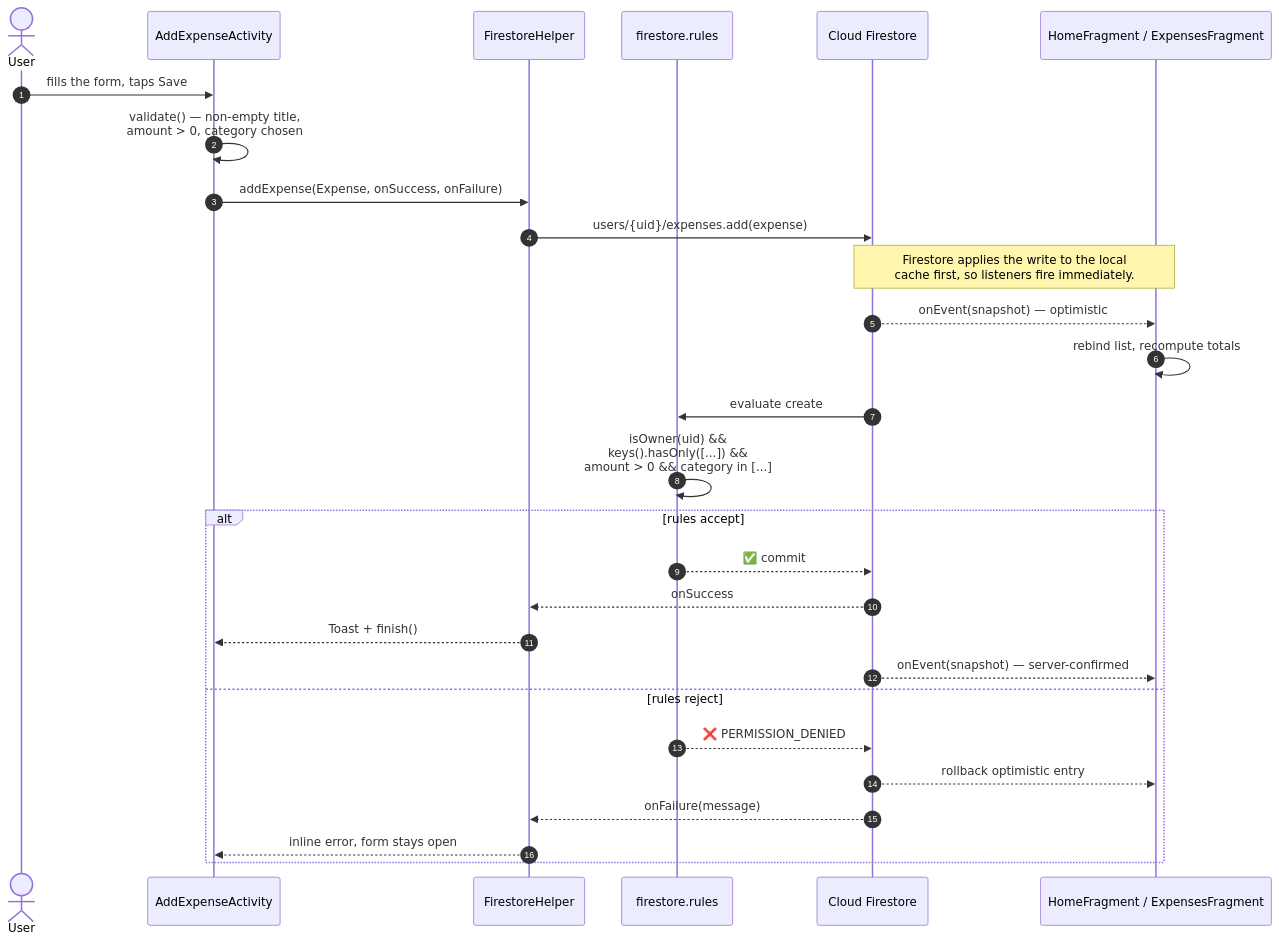
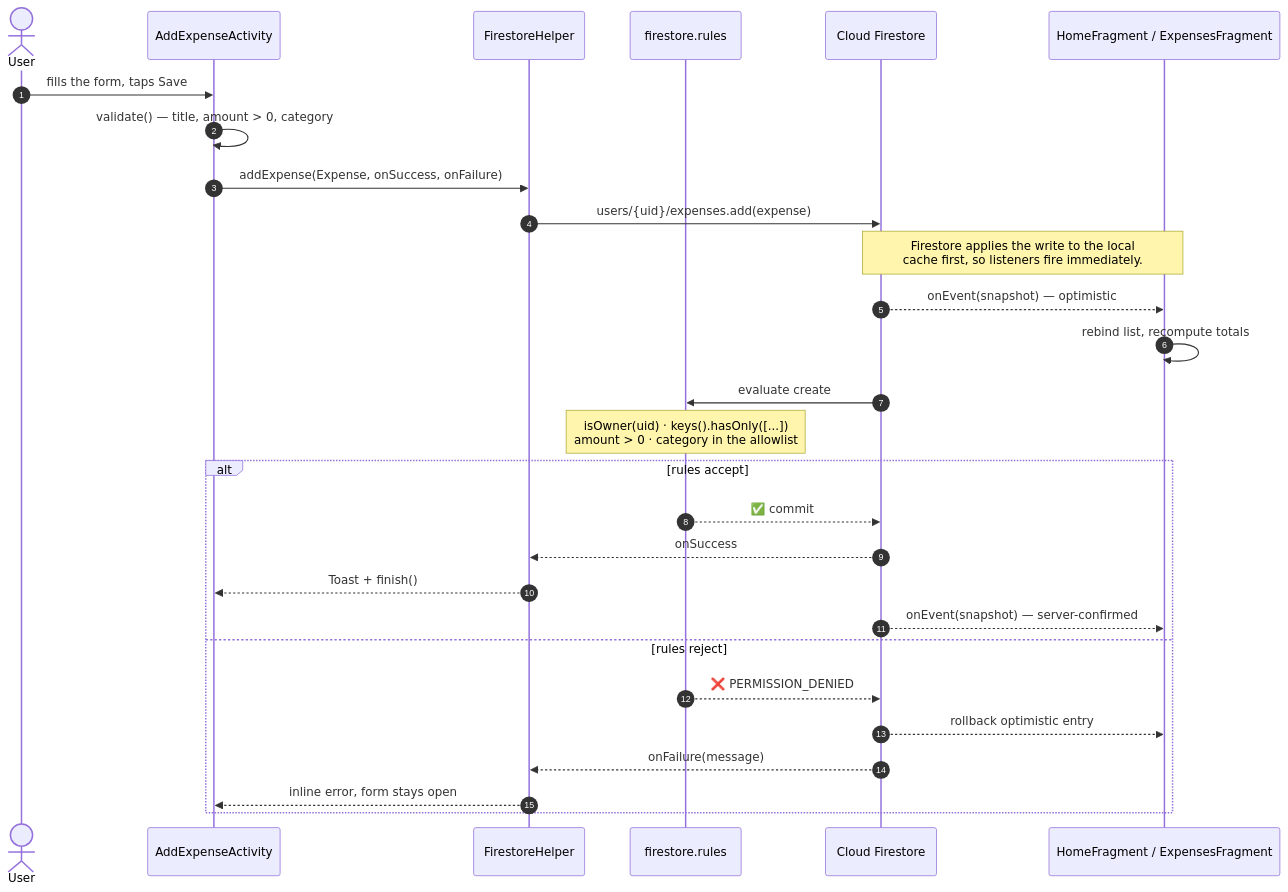
The second of 3 diagrams in README.md (Ahmadhsn1/SpendSmart), drawn with Mermaid before and after one commit. The commit also changed other lines of this file, not shown here.

First line of the commit message:
docs: tighten Mermaid diagram rendering in the README

````diff
--- a/README.md
+++ b/README.md
@@ -183,34 +188,34 @@
 ```mermaid
 sequenceDiagram
     autonumber
     actor U as User
     participant A as AddExpenseActivity
     participant H as FirestoreHelper
     participant R as firestore.rules
     participant F as Cloud Firestore
     participant L as HomeFragment / ExpensesFragment
 
     U->>A: fills the form, taps Save
-    A->>A: validate() — non-empty title,<br/>amount > 0, category chosen
+    A->>A: validate() — title, amount > 0, category
     A->>H: addExpense(Expense, onSuccess, onFailure)
     H->>F: users/{uid}/expenses.add(expense)
 
     Note over F,L: Firestore applies the write to the local<br/>cache first, so listeners fire immediately.
     F-->>L: onEvent(snapshot) — optimistic
     L->>L: rebind list, recompute totals
 
     F->>R: evaluate create
-    R->>R: isOwner(uid) &&<br/>keys().hasOnly([...]) &&<br/>amount > 0 && category in [...]
+    Note over R: isOwner(uid) · keys().hasOnly([...])<br/>amount > 0 · category in the allowlist
 
     alt rules accept
         R-->>F: ✅ commit
         F-->>H: onSuccess
         H-->>A: Toast + finish()
         F-->>L: onEvent(snapshot) — server-confirmed
     else rules reject
         R-->>F: ❌ PERMISSION_DENIED
         F-->>L: rollback optimistic entry
         F-->>H: onFailure(message)
         H-->>A: inline error, form stays open
     end
 ```
````
